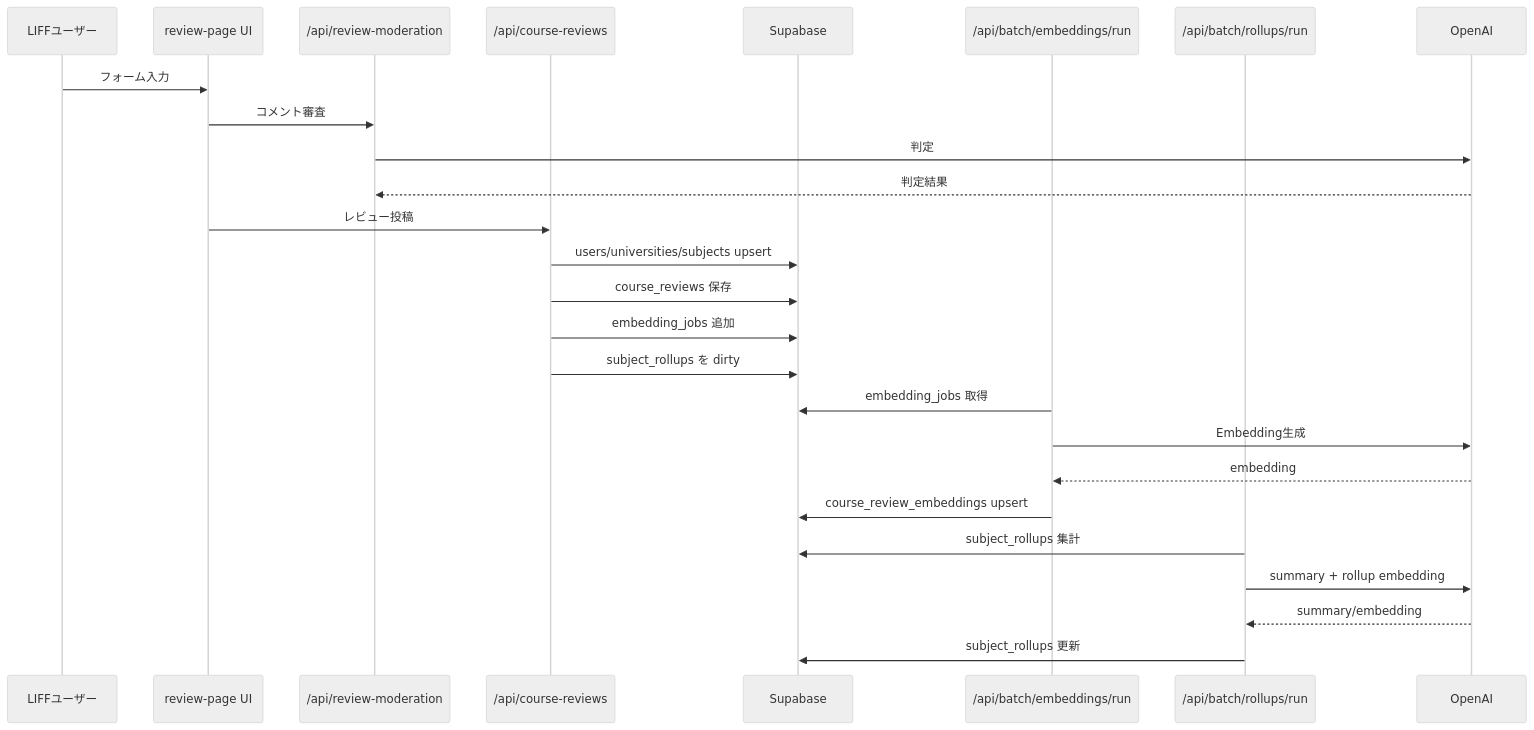
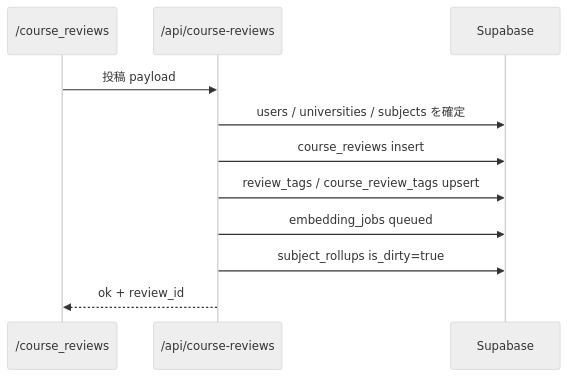
One commit to lego0509/campus-ai changed the second of 3 diagrams in wiki/03-アーキテクチャ.md. Above: the diagram before and after it, drawn with Mermaid (neutral theme). The commit also changed other lines of this file and 17 other files, not shown here.

````diff
--- a/wiki/03-アーキテクチャ.md
+++ b/wiki/03-アーキテクチャ.md
@@ -51,29 +41,14 @@
 ```mermaid
 sequenceDiagram
-  participant User as LIFFユーザー
-  participant UI as review-page UI
-  participant Mod as /api/review-moderation
-  participant Review as /api/course-reviews
+  participant LIFF as /course_reviews
+  participant API as /api/course-reviews
   participant DB as Supabase
-  participant BatchE as /api/batch/embeddings/run
-  participant BatchR as /api/batch/rollups/run
-  participant AI as OpenAI
 
-  User->>UI: フォーム入力
-  UI->>Mod: コメント審査
-  Mod->>AI: 判定
-  AI-->>Mod: 判定結果
-  UI->>Review: レビュー投稿
-  Review->>DB: users/universities/subjects upsert
-  Review->>DB: course_reviews 保存
-  Review->>DB: embedding_jobs 追加
-  Review->>DB: subject_rollups を dirty
-  BatchE->>DB: embedding_jobs 取得
-  BatchE->>AI: Embedding生成
-  AI-->>BatchE: embedding
-  BatchE->>DB: course_review_embeddings upsert
-  BatchR->>DB: subject_rollups 集計
-  BatchR->>AI: summary + rollup embedding
-  AI-->>BatchR: summary/embedding
-  BatchR->>DB: subject_rollups 更新
+  LIFF->>API: 投稿 payload
+  API->>DB: users / universities / subjects を確定
+  API->>DB: course_reviews insert
+  API->>DB: review_tags / course_review_tags upsert
+  API->>DB: embedding_jobs queued
+  API->>DB: subject_rollups is_dirty=true
+  API-->>LIFF: ok + review_id
 ```
````
